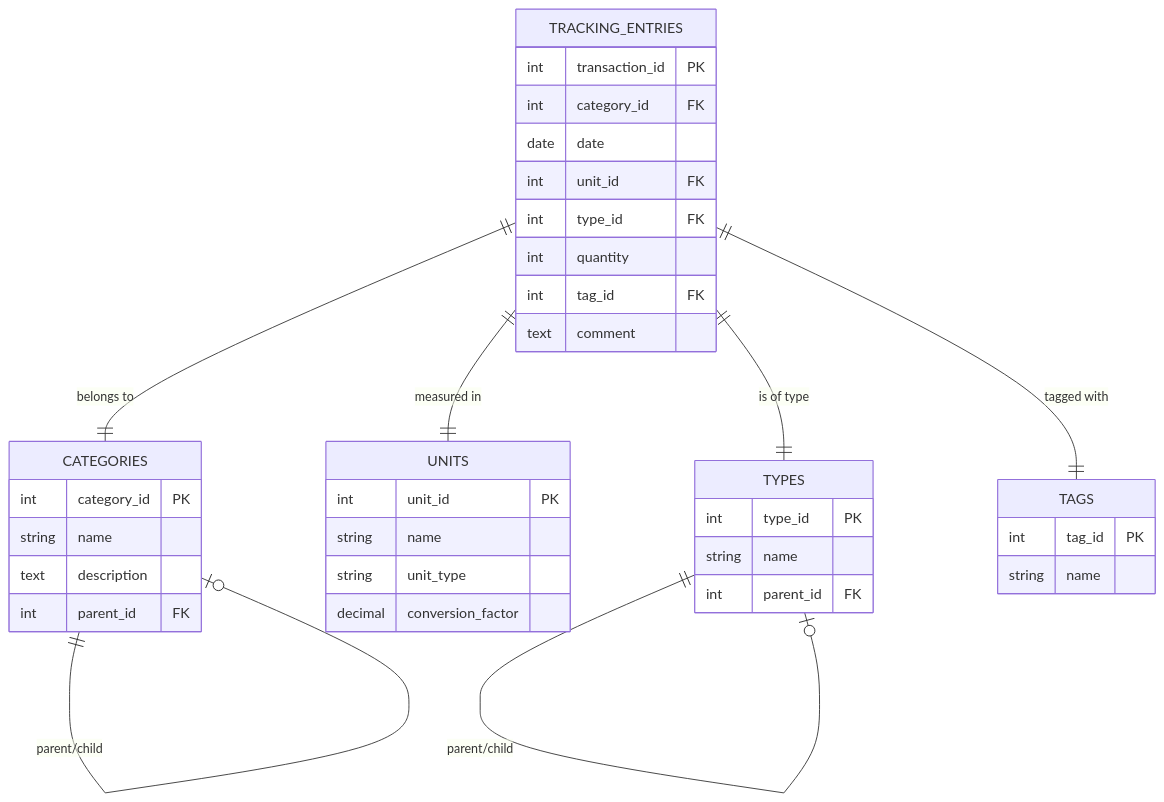
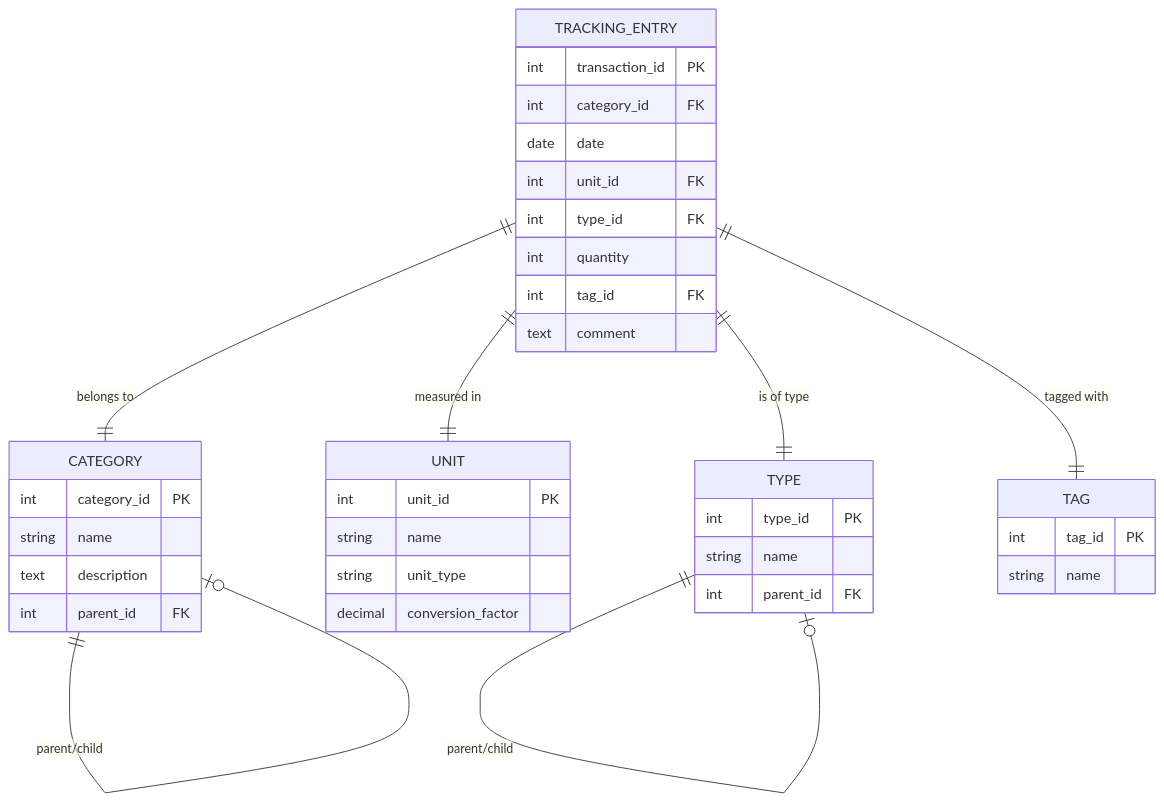
One commit to Henroxx/tracking_tool changed the diagram in docs/database-schema.md. Above: the diagram before and after it, drawn with Mermaid. The commit also changed other lines of this file and 7 other files, not shown here.

````diff
--- a/docs/database-schema.md
+++ b/docs/database-schema.md
@@ -5,45 +5,45 @@
 ```mermaid
 erDiagram
-    TRACKING_ENTRIES {
+    TRACKING_ENTRY {
         int transaction_id PK
         int category_id FK
         date date
         int unit_id FK
         int type_id FK
         int quantity
         int tag_id FK
         text comment
     }
     
-    CATEGORIES {
+    CATEGORY {
         int category_id PK
         string name
         text description
         int parent_id FK
     }
     
-    UNITS {
+    UNIT {
         int unit_id PK
         string name
         string unit_type
         decimal conversion_factor
     }
     
-    TYPES {
+    TYPE {
         int type_id PK
         string name
         int parent_id FK
     }
     
-    TAGS {
+    TAG {
         int tag_id PK
         string name
     }
     
-    TRACKING_ENTRIES ||--|| CATEGORIES : "belongs to"
-    TRACKING_ENTRIES ||--|| UNITS : "measured in"
-    TRACKING_ENTRIES ||--|| TYPES : "is of type"
-    TRACKING_ENTRIES ||--|| TAGS : "tagged with"
-    CATEGORIES ||--o| CATEGORIES : "parent/child"
-    TYPES ||--o| TYPES : "parent/child"
+    TRACKING_ENTRY ||--|| CATEGORY : "belongs to"
+    TRACKING_ENTRY ||--|| UNIT : "measured in"
+    TRACKING_ENTRY ||--|| TYPE : "is of type"
+    TRACKING_ENTRY ||--|| TAG : "tagged with"
+    CATEGORY ||--o| CATEGORY : "parent/child"
+    TYPE ||--o| TYPE : "parent/child"
 ```
````
